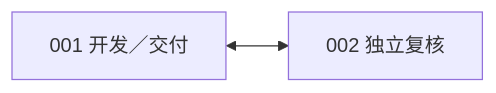
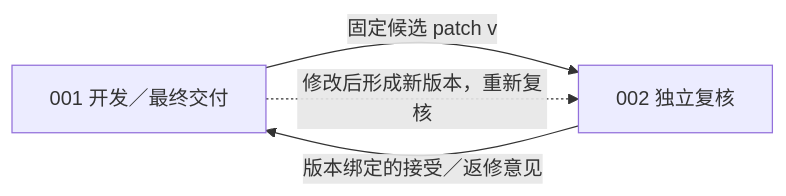
Before and after one commit to haoyueliuzhao/ProWorkSim: the third of 6 diagrams in docs/experiments/software-benchmark-results-and-organizations-summary-20261030.md, drawn with Mermaid. The commit also changed other lines of this file and 2 other files, not shown here.

````diff
--- a/docs/experiments/software-benchmark-results-and-organizations-summary-20261030.md
+++ b/docs/experiments/software-benchmark-results-and-organizations-summary-20261030.md
@@ -106,4 +103,6 @@
 ```mermaid
 flowchart LR
-    A["001 开发／交付"] <--> B["002 独立复核"]
+    R1["001 开发／最终交付"] -->|固定候选 patch v| R2["002 独立复核"]
+    R2 -->|版本绑定的接受／返修意见| R1
+    R1 -.->|修改后形成新版本，重新复核| R2
 ```
````
